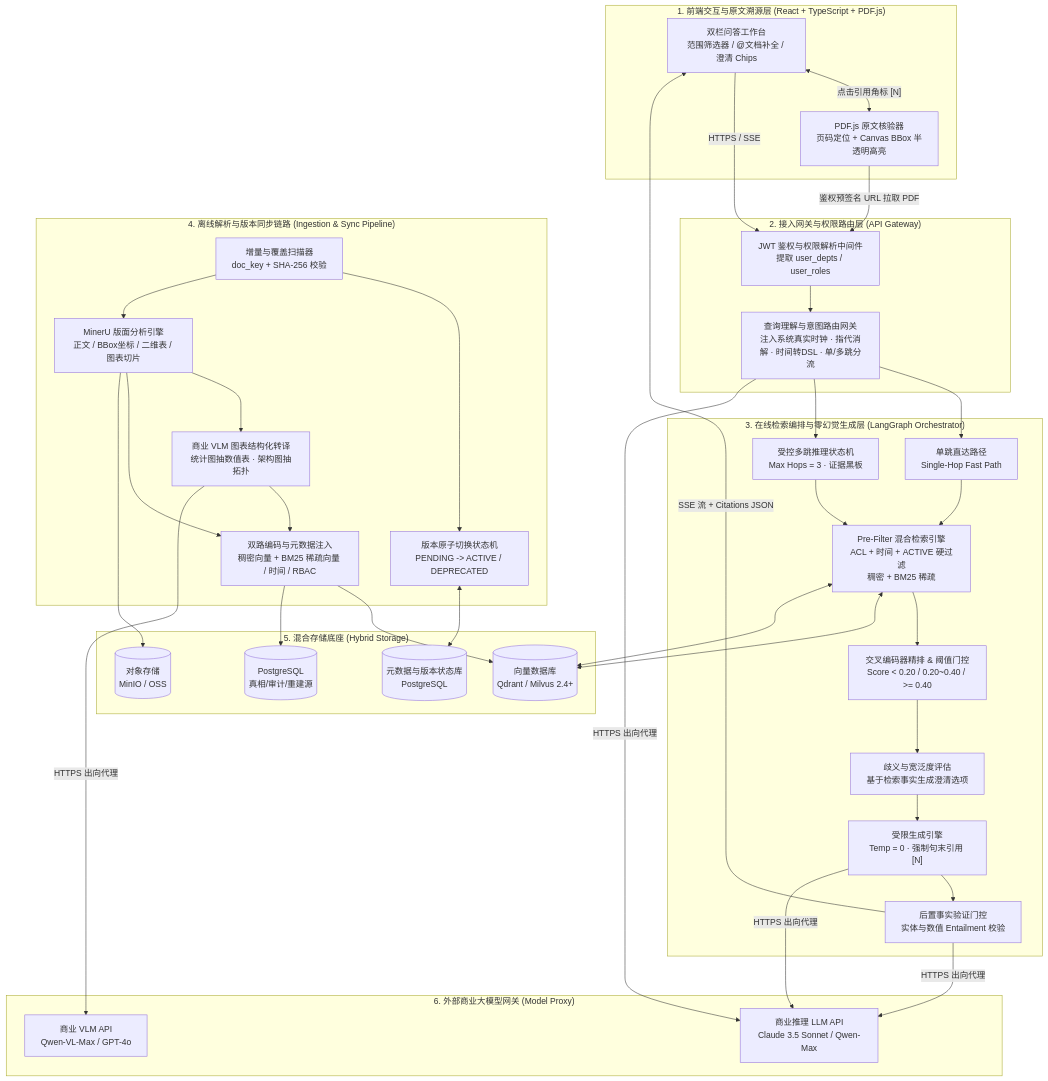
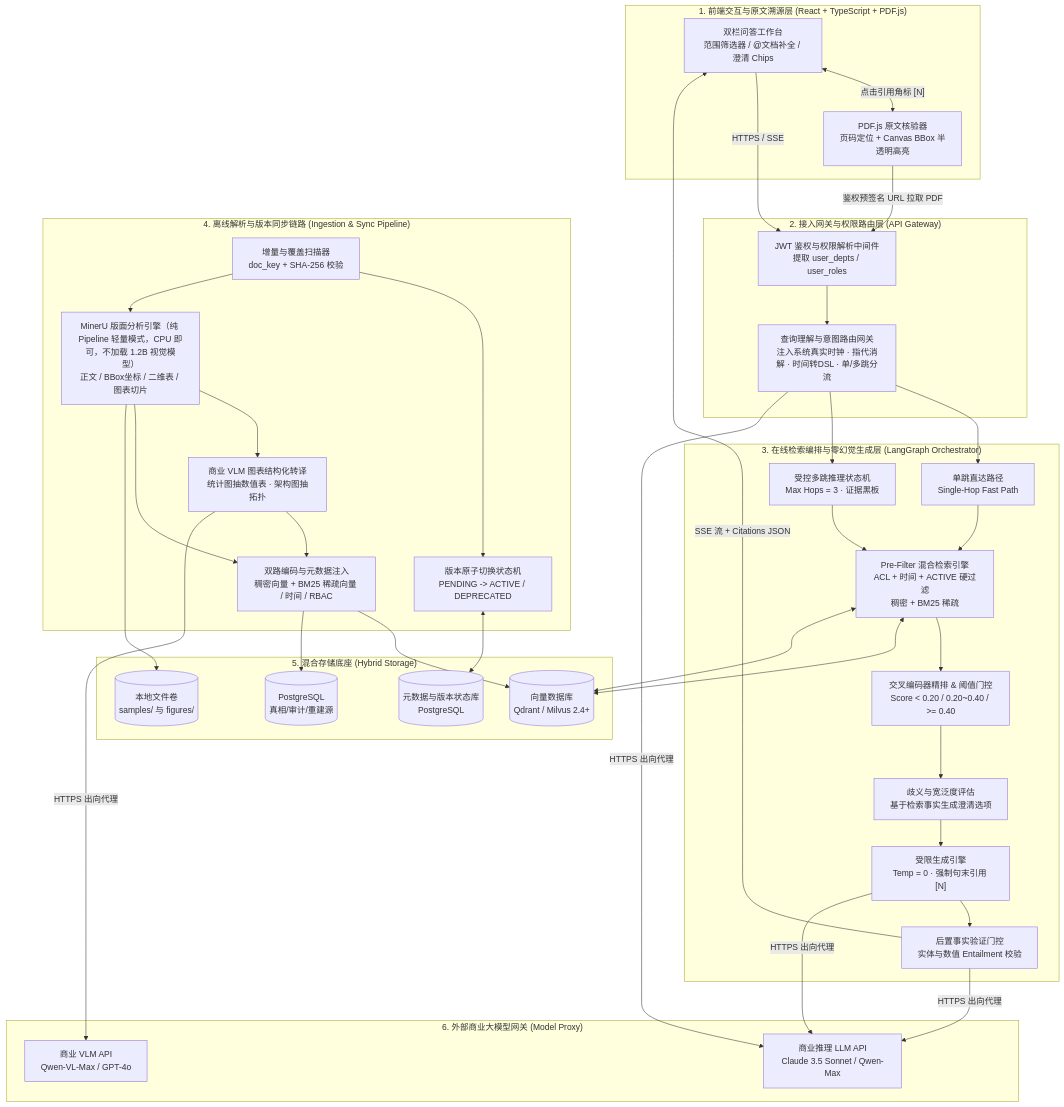
The first of 6 diagrams in 架构图集.md (kvchen95/ai-rag), drawn with Mermaid before and after one commit. The commit also changed other lines of this file and 3232 other files, not shown here.

Commit message:
docs: 模型瘦身(bge-small-zh 512d/bge-reranker-base/MinerU pipeline) + 三文档对齐

````diff
--- a/架构图集.md
+++ b/架构图集.md
@@ -21,76 +21,76 @@
 ```mermaid
 flowchart TB
     subgraph ClientLayer ["1. 前端交互与原文溯源层 (React + TypeScript + PDF.js)"]
         UI_Chat["双栏问答工作台<br/>范围筛选器 / @文档补全 / 澄清 Chips"]
         UI_PDF["PDF.js 原文核验器<br/>页码定位 + Canvas BBox 半透明高亮"]
         UI_Chat <-->|"点击引用角标 [N]"| UI_PDF
     end
 
     subgraph GatewayLayer ["2. 接入网关与权限路由层 (API Gateway)"]
         AuthMW["JWT 鉴权与权限解析中间件<br/>提取 user_depts / user_roles"]
         Router["查询理解与意图路由网关<br/>注入系统真实时钟 · 指代消解 · 时间转DSL · 单/多跳分流"]
         AuthMW --> Router
     end
 
     subgraph InferenceLayer ["3. 在线检索编排与零幻觉生成层 (LangGraph Orchestrator)"]
         FastPath["单跳直达路径<br/>Single-Hop Fast Path"]
         MultiHop["受控多跳推理状态机<br/>Max Hops = 3 · 证据黑板"]
         HybridSearch["Pre-Filter 混合检索引擎<br/>ACL + 时间 + ACTIVE 硬过滤<br/>稠密 + BM25 稀疏"]
         RerankGate["交叉编码器精排 & 阈值门控<br/>Score < 0.20 / 0.20~0.40 / >= 0.40"]
         Ambiguity["歧义与宽泛度评估<br/>基于检索事实生成澄清选项"]
         GenLLM["受限生成引擎<br/>Temp = 0 · 强制句末引用 [N]"]
         NLIGate["后置事实验证门控<br/>实体与数值 Entailment 校验"]
 
         FastPath --> HybridSearch
         MultiHop --> HybridSearch
         HybridSearch --> RerankGate
         RerankGate --> Ambiguity
         Ambiguity --> GenLLM
         GenLLM --> NLIGate
     end
 
     subgraph IngestionLayer ["4. 离线解析与版本同步链路 (Ingestion & Sync Pipeline)"]
         Scanner["增量与覆盖扫描器<br/>doc_key + SHA-256 校验"]
         VersionSM["版本原子切换状态机<br/>PENDING -> ACTIVE / DEPRECATED"]
-        MinerU["MinerU 版面分析引擎<br/>正文 / BBox坐标 / 二维表 / 图表切片"]
+        MinerU["MinerU 版面分析引擎（纯 Pipeline 轻量模式，CPU 即可，不加载 1.2B 视觉模型）<br/>正文 / BBox坐标 / 二维表 / 图表切片"]
         VLM_Pipe["商业 VLM 图表结构化转译<br/>统计图抽数值表 · 架构图抽拓扑"]
         Embedder["双路编码与元数据注入<br/>稠密向量 + BM25 稀疏向量 / 时间 / RBAC"]
 
         Scanner --> VersionSM
         Scanner --> MinerU
         MinerU --> VLM_Pipe
         MinerU --> Embedder
         VLM_Pipe --> Embedder
     end
 
     subgraph StorageLayer ["5. 混合存储底座 (Hybrid Storage)"]
         Qdrant[("向量数据库<br/>Qdrant / Milvus 2.4+")]
         PGStore[("PostgreSQL<br/>真相/审计/重建源")]
         PG[("元数据与版本状态库<br/>PostgreSQL")]
-        OSS[("对象存储<br/>MinIO / OSS")]
+        FS[("本地文件卷<br/>samples/ 与 figures/")]
     end
 
     subgraph ExternalAI ["6. 外部商业大模型网关 (Model Proxy)"]
         VLM_API["商业 VLM API<br/>Qwen-VL-Max / GPT-4o"]
         LLM_API["商业推理 LLM API<br/>Claude 3.5 Sonnet / Qwen-Max"]
     end
 
     UI_Chat -->|"HTTPS / SSE"| AuthMW
     NLIGate -->|"SSE 流 + Citations JSON"| UI_Chat
     UI_PDF -->|"鉴权预签名 URL 拉取 PDF"| AuthMW
 
     Router --> FastPath
     Router --> MultiHop
 
     HybridSearch <--> Qdrant
     HybridSearch <--> Qdrant
     Embedder --> Qdrant
     Embedder --> PGStore
     VersionSM <--> PG
-    MinerU --> OSS
+    MinerU --> FS
 
     VLM_Pipe -->|"HTTPS 出向代理"| VLM_API
     Router -->|"HTTPS 出向代理"| LLM_API
     GenLLM -->|"HTTPS 出向代理"| LLM_API
     NLIGate -->|"HTTPS 出向代理"| LLM_API
 ```
````
